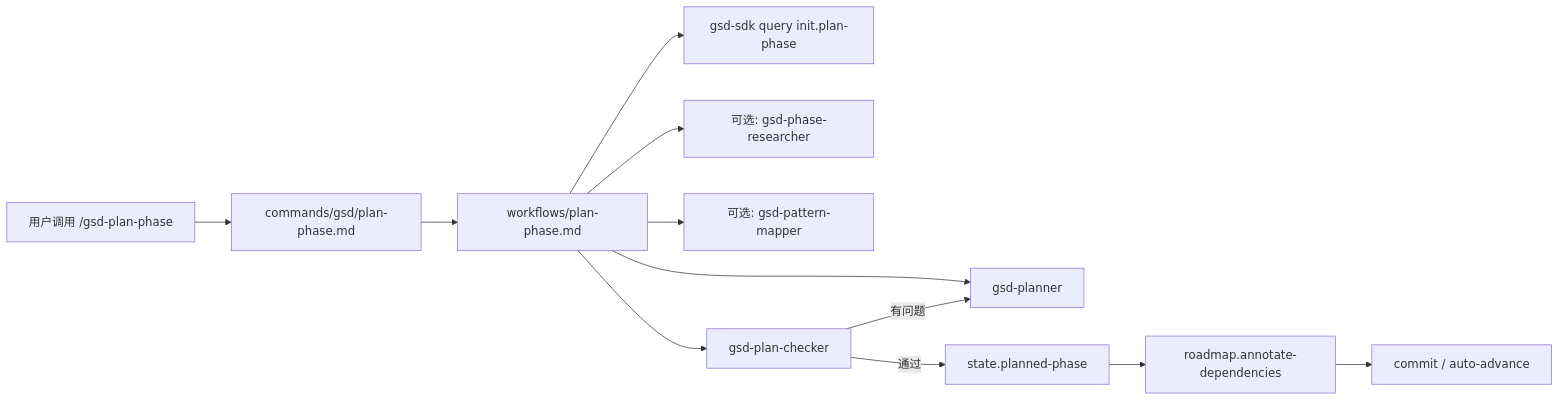
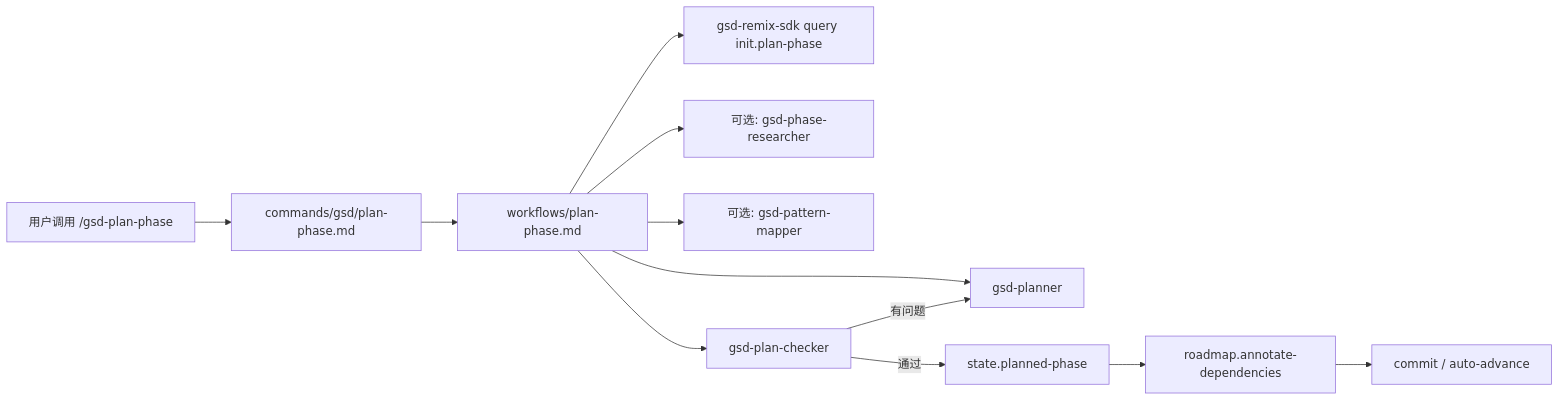
One commit to Wynne-cwb/gsd-remix changed the first of 5 diagrams in guide/04-plan-phase-deep-dive.md. Above: the diagram before and after it, drawn with Mermaid. The commit also changed other lines of this file and 177 other files, not shown here.

Commit message:
feat: isolate remix sdk namespace

````diff
--- a/guide/04-plan-phase-deep-dive.md
+++ b/guide/04-plan-phase-deep-dive.md
@@ -48,14 +48,14 @@
 ```mermaid
 flowchart LR
     A["用户调用 /gsd-plan-phase"] --> B["commands/gsd/plan-phase.md"]
     B --> C["workflows/plan-phase.md"]
-    C --> D["gsd-sdk query init.plan-phase"]
+    C --> D["gsd-remix-sdk query init.plan-phase"]
     C --> E["可选: gsd-phase-researcher"]
     C --> F["可选: gsd-pattern-mapper"]
     C --> G["gsd-planner"]
     C --> H["gsd-plan-checker"]
     H -->|有问题| G
     H -->|通过| I["state.planned-phase"]
     I --> J["roadmap.annotate-dependencies"]
     J --> K["commit / auto-advance"]
 ```
````
